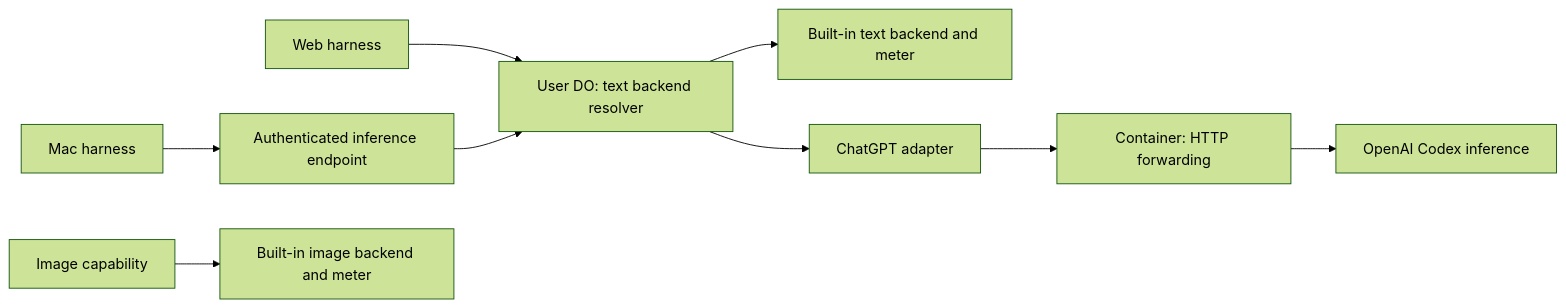
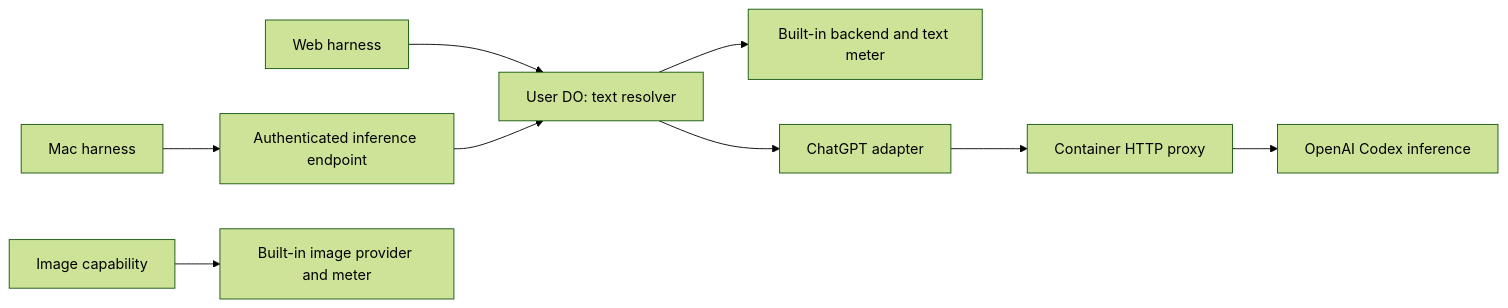
The diagram in platform/frieren/CHATGPT-ACCOUNT-DESIGN.md (justfiles/justfiles), drawn with Mermaid (forest theme) before and after one commit. The commit also changed other lines of this file and 7 other files, not shown here.

````diff
--- a/platform/frieren/CHATGPT-ACCOUNT-DESIGN.md
+++ b/platform/frieren/CHATGPT-ACCOUNT-DESIGN.md
@@ -160,11 +71,11 @@
 ```mermaid
 flowchart LR
-	W[Web harness] --> R[User DO: text backend resolver]
+	W[Web harness] --> R[User DO: text resolver]
 	M[Mac harness] --> G[Authenticated inference endpoint]
 	G --> R
-	R --> B[Built-in text backend and meter]
+	R --> B[Built-in backend and text meter]
 	R --> C[ChatGPT adapter]
-	C --> P[Container: HTTP forwarding]
+	C --> P[Container HTTP proxy]
 	P --> O[OpenAI Codex inference]
-	I[Image capability] --> BI[Built-in image backend and meter]
+	I[Image capability] --> BI[Built-in image provider and meter]
 ```
````
